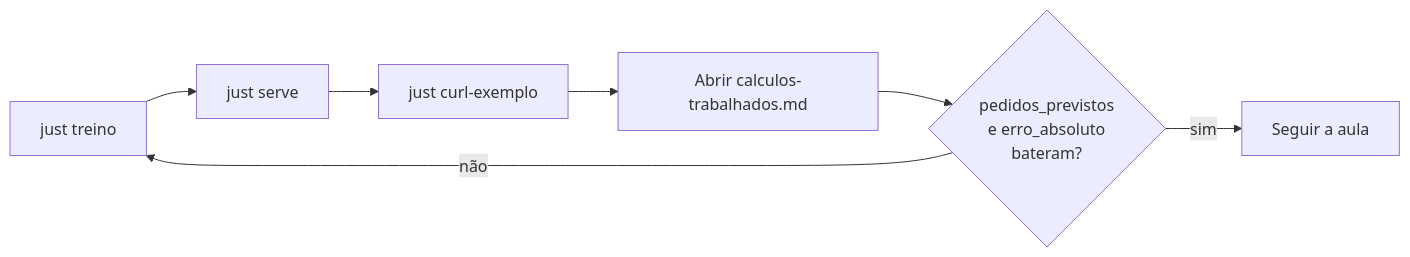
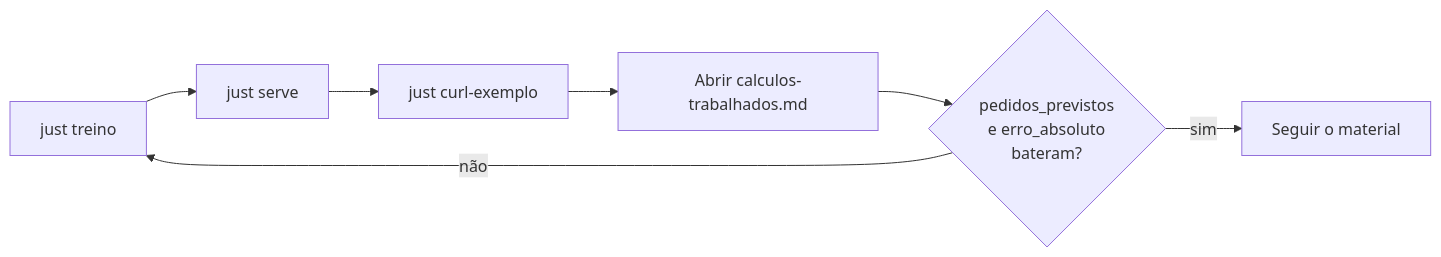
The diagram in material/README.md (lgallindo/predicao-demanda-bentoml), drawn with Mermaid before and after one commit. The commit also changed other lines of this file and 3 other files, not shown here.

````diff
--- a/material/README.md
+++ b/material/README.md
@@ -12,9 +23,9 @@
 ```mermaid
 flowchart LR
   A["just treino"] --> B["just serve"]
   B --> C["just curl-exemplo"]
   C --> D["Abrir calculos-trabalhados.md"]
   D --> E{"pedidos_previstos<br/>e erro_absoluto<br/>bateram?"}
-  E -->|sim| F["Seguir a aula"]
+  E -->|sim| F["Seguir o material"]
   E -->|não| A
 ```
````
